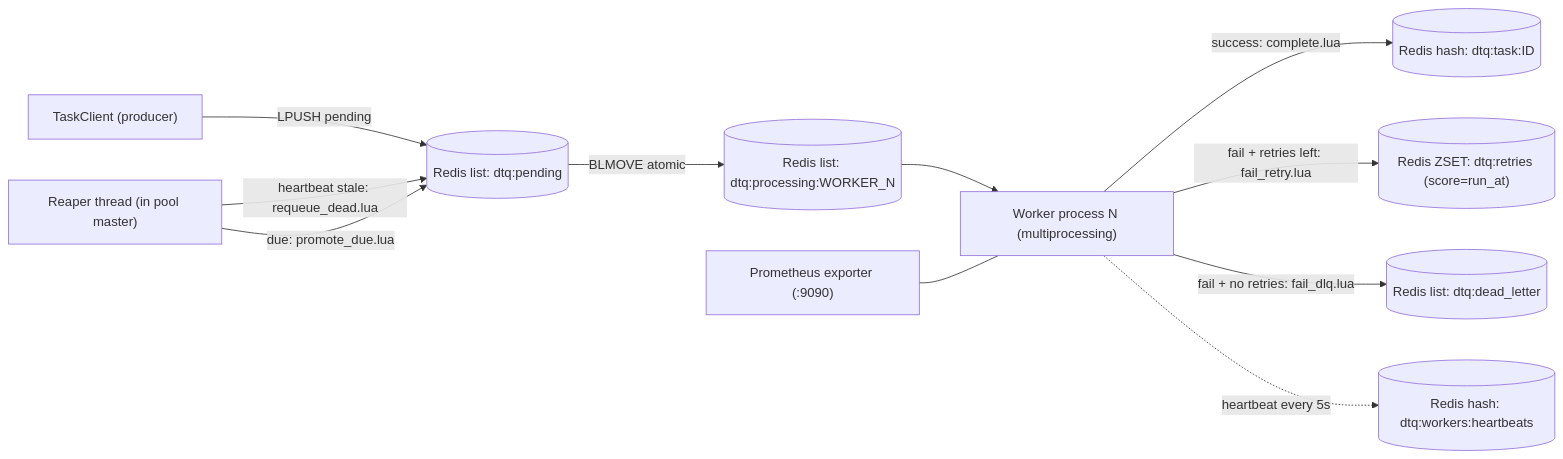
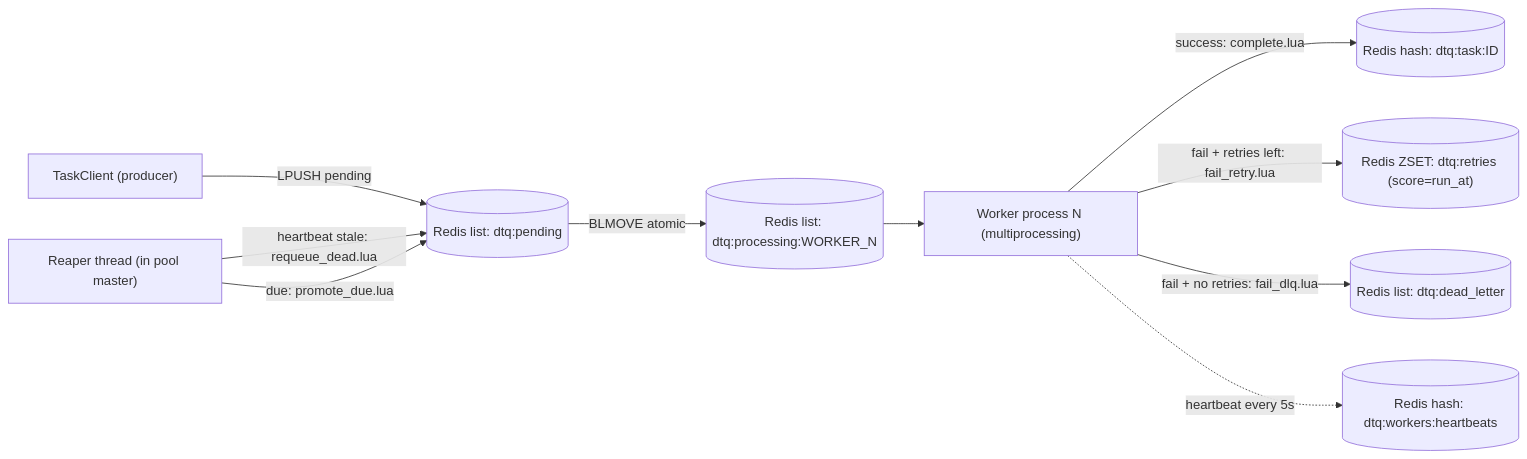
The first of 2 diagrams in README.md (NirajNamburi/distributed-task-queue), drawn with Mermaid before and after one commit. The commit also changed other lines of this file and 12 other files, not shown here.

````diff
--- a/README.md
+++ b/README.md
@@ -54,13 +51,12 @@
 ```mermaid
 flowchart LR
     Producer["TaskClient (producer)"] -->|"LPUSH pending"| Pending[("Redis list: dtq:pending")]
     Pending -->|"BLMOVE atomic"| ProcN[("Redis list: dtq:processing:WORKER_N")]
     ProcN --> Worker["Worker process N (multiprocessing)"]
     Worker -->|"success: complete.lua"| TaskHash[("Redis hash: dtq:task:ID")]
     Worker -->|"fail + retries left: fail_retry.lua"| Retries[("Redis ZSET: dtq:retries (score=run_at)")]
     Worker -->|"fail + no retries: fail_dlq.lua"| DLQ[("Redis list: dtq:dead_letter")]
     Reaper["Reaper thread (in pool master)"] -->|"heartbeat stale: requeue_dead.lua"| Pending
     Reaper -->|"due: promote_due.lua"| Pending
     Worker -.->|"heartbeat every 5s"| HB[("Redis hash: dtq:workers:heartbeats")]
-    Metrics["Prometheus exporter (:9090)"] --- Worker
 ```
````
